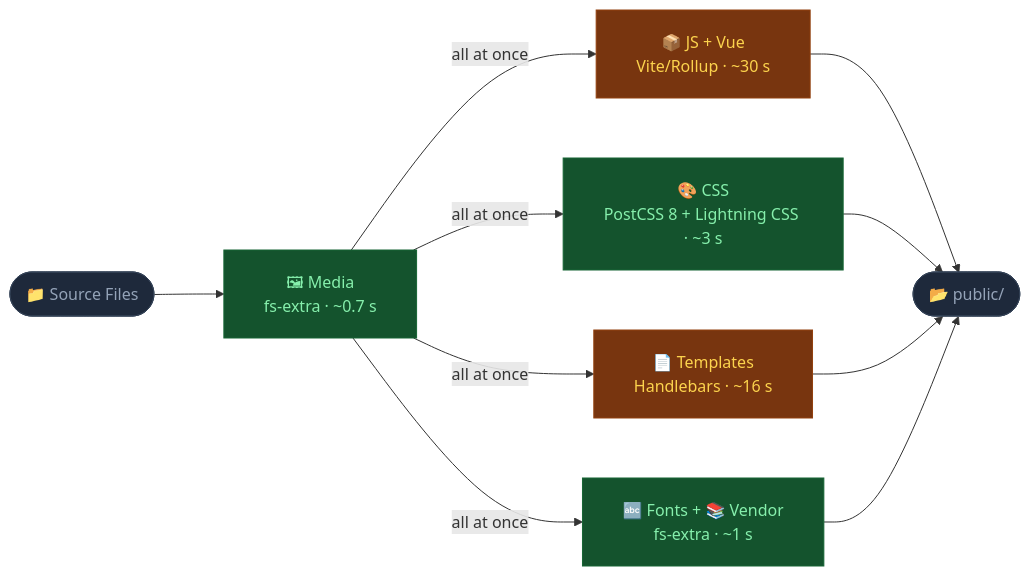
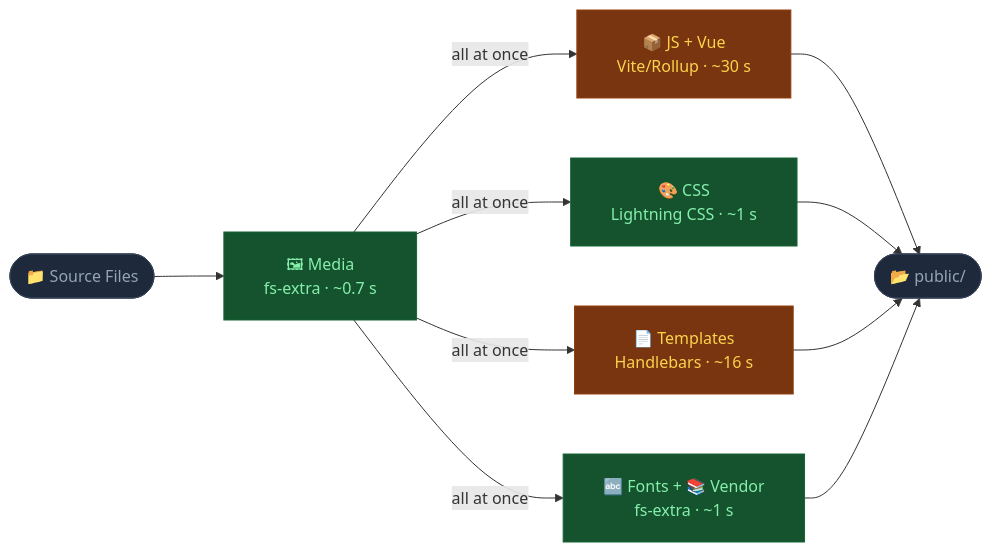
One commit to clay/claycli changed the second of 5 diagrams in CLAY-VITE.md. Above: the diagram before and after it, drawn with Mermaid. The commit also changed other lines of this file and 11 other files, not shown here.

First line of the commit message:
🍕 vite: tighten the Lightning CSS pipeline's edge cases

````diff
--- a/CLAY-VITE.md
+++ b/CLAY-VITE.md
@@ -240,21 +240,21 @@
 ```mermaid
 %%{init: {'flowchart': {'nodeSpacing': 60, 'rankSpacing': 70, 'padding': 20}}}%%
 flowchart LR
     SRC(["📁 Source Files"]):::src
 
     N0["🖼 Media<br/>fs-extra · ~0.7 s"]:::fast
     N1["📦 JS + Vue<br/>Vite/Rollup · ~30 s"]:::med
-    N2["🎨 CSS<br/>PostCSS 8 + Lightning CSS · ~3 s"]:::fast
+    N2["🎨 CSS<br/>Lightning CSS · ~1 s"]:::fast
     N3["📄 Templates<br/>Handlebars · ~16 s"]:::med
     N4["🔤 Fonts + 📚 Vendor<br/>fs-extra · ~1 s"]:::fast
 
     OUT(["📂 public/"]):::out
 
     SRC --> N0 -->|"all at once"| N1 & N2 & N3 & N4 --> OUT
 
     classDef src   fill:#1e293b,color:#94a3b8,stroke:#334155
     classDef out   fill:#1e293b,color:#94a3b8,stroke:#334155
     classDef slow  fill:#7f1d1d,color:#fca5a5,stroke:#991b1b
     classDef med   fill:#78350f,color:#fcd34d,stroke:#92400e
     classDef fast  fill:#14532d,color:#86efac,stroke:#166534
 ```
````
